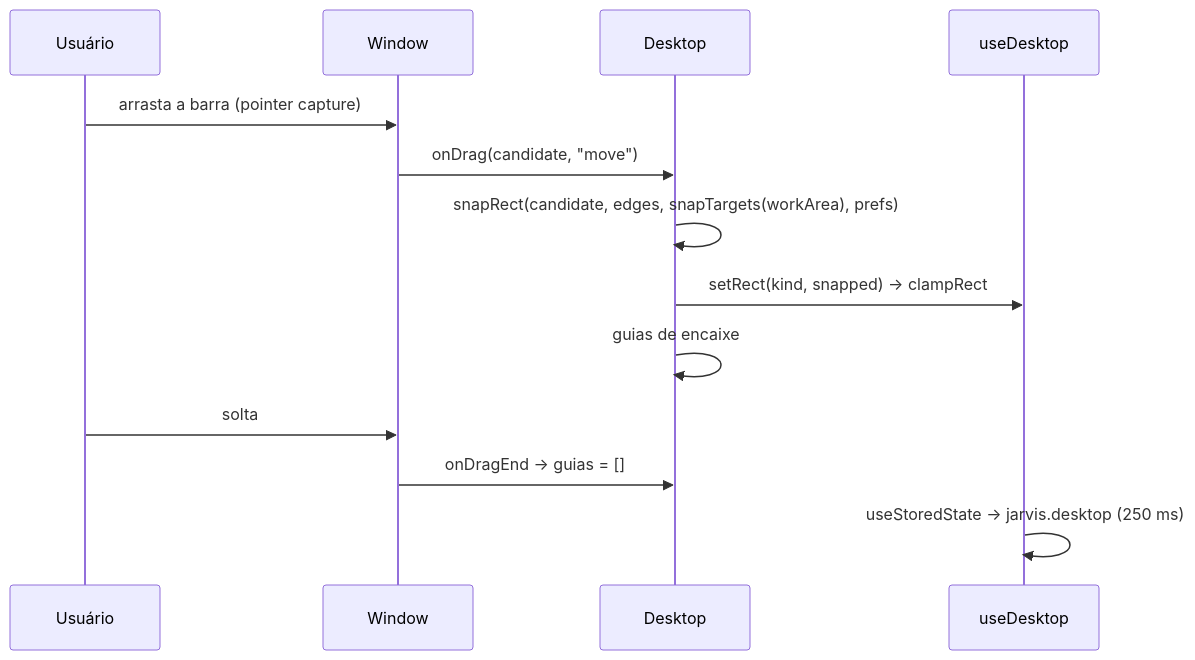
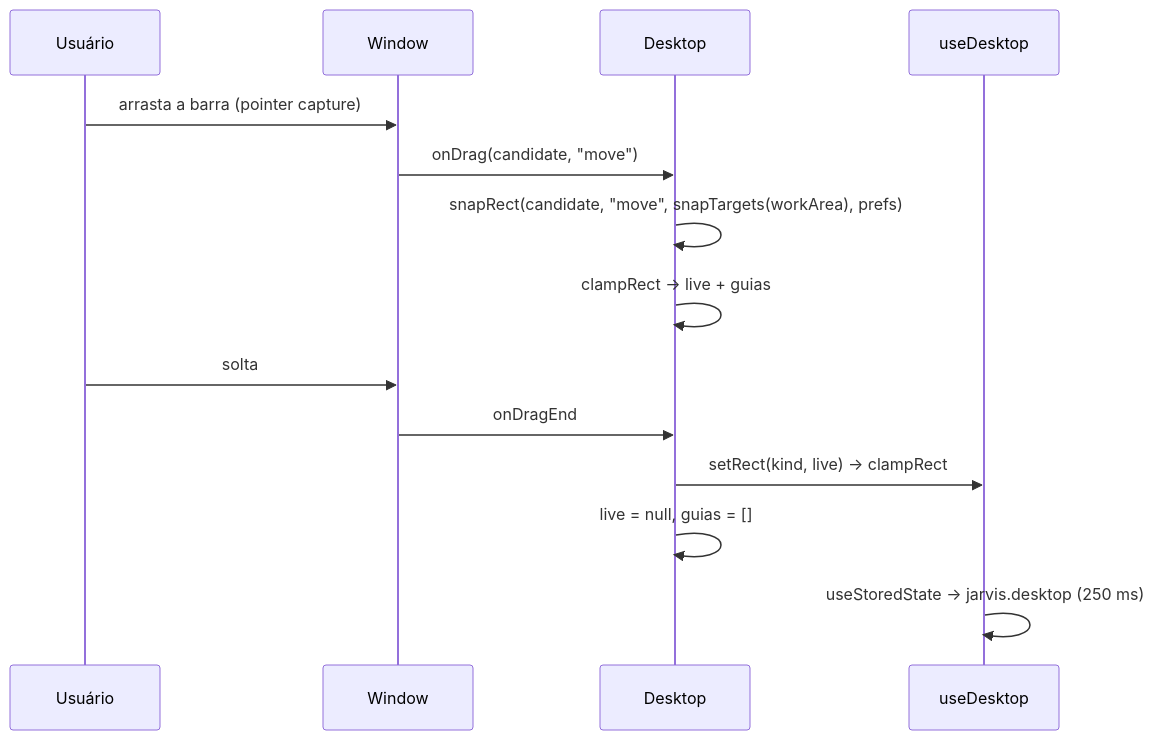
Before and after one commit to felipeAguiarCode/jvOS: the diagram in .specs/features/desktop-windows/spec.md, drawn with Mermaid. The commit also changed other lines of this file and 90 other files, not shown here.

````diff
--- a/.specs/features/desktop-windows/spec.md
+++ b/.specs/features/desktop-windows/spec.md
@@ -367,15 +556,16 @@
 ```mermaid
 sequenceDiagram
   participant U as Usuário
   participant W as Window
   participant D as Desktop
   participant H as useDesktop
   U->>W: arrasta a barra (pointer capture)
   W->>D: onDrag(candidate, "move")
-  D->>D: snapRect(candidate, edges, snapTargets(workArea), prefs)
-  D->>H: setRect(kind, snapped) → clampRect
-  D->>D: guias de encaixe
+  D->>D: snapRect(candidate, "move", snapTargets(workArea), prefs)
+  D->>D: clampRect → live + guias
   U->>W: solta
-  W->>D: onDragEnd → guias = []
+  W->>D: onDragEnd
+  D->>H: setRect(kind, live) → clampRect
+  D->>D: live = null, guias = []
   H->>H: useStoredState → jarvis.desktop (250 ms)
 ```
````
